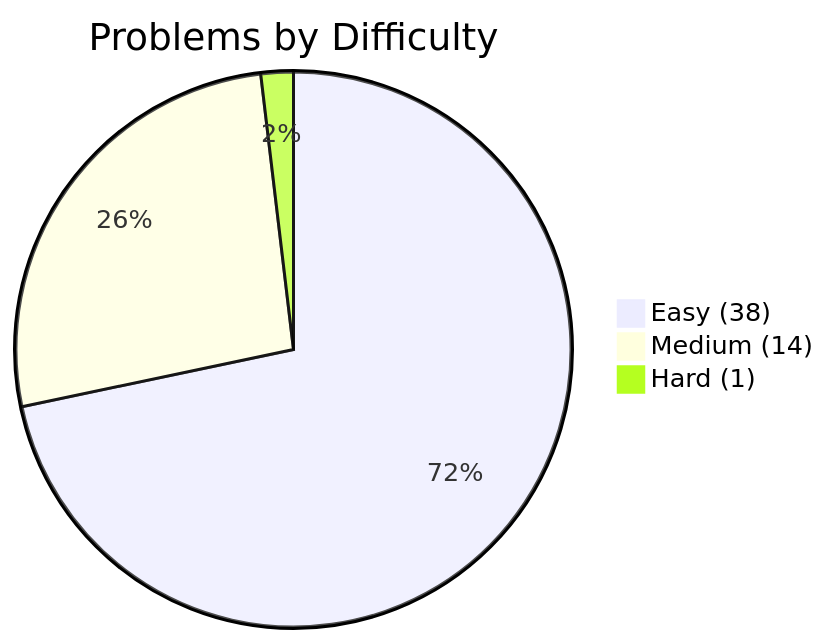
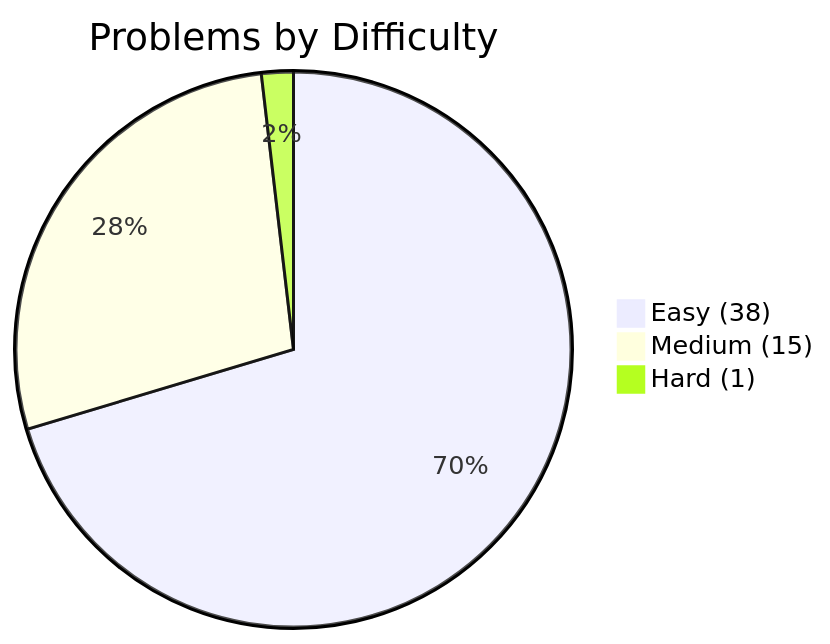
The first of 2 diagrams in PROGRESS.md (kanishk-procoder/leetcode-grind), drawn with Mermaid before and after one commit. The commit also changed other lines of this file and 4 other files, not shown here.

````diff
--- a/PROGRESS.md
+++ b/PROGRESS.md
@@ -5,6 +5,6 @@
 ```mermaid
 pie title Problems by Difficulty
     "Easy (38)" : 38
-    "Medium (14)" : 14
+    "Medium (15)" : 15
     "Hard (1)" : 1
 ```
````
